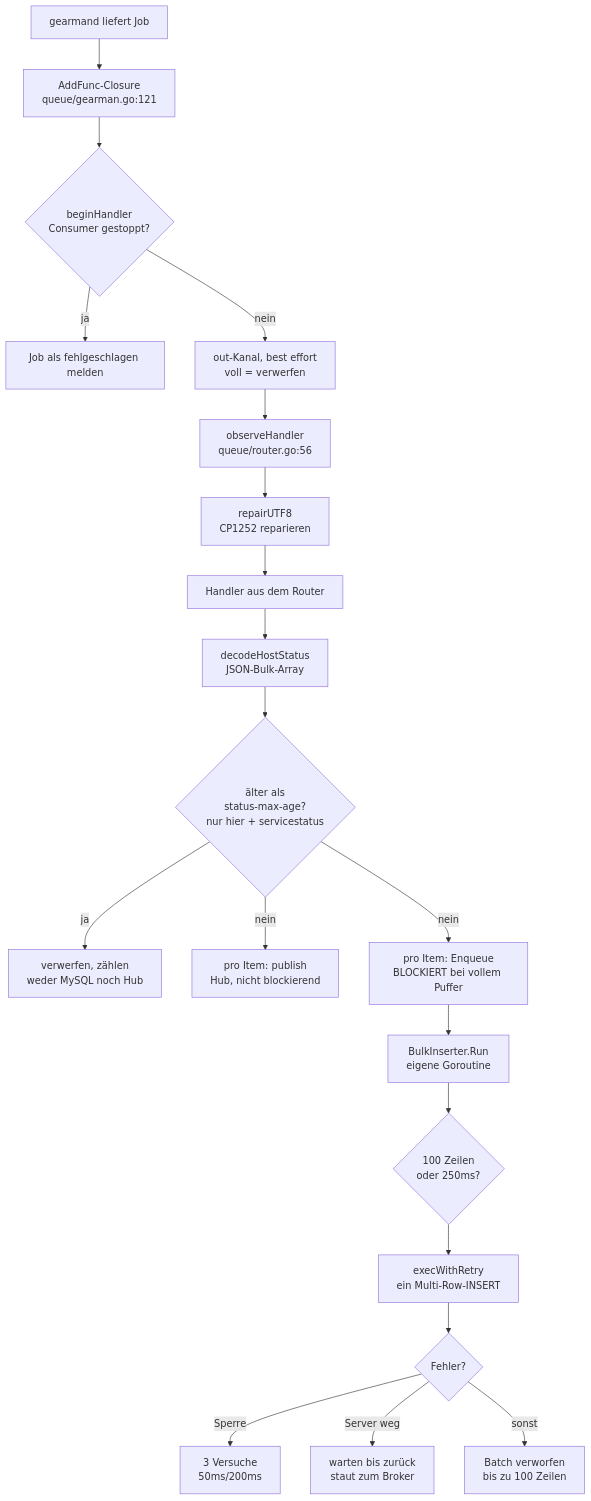
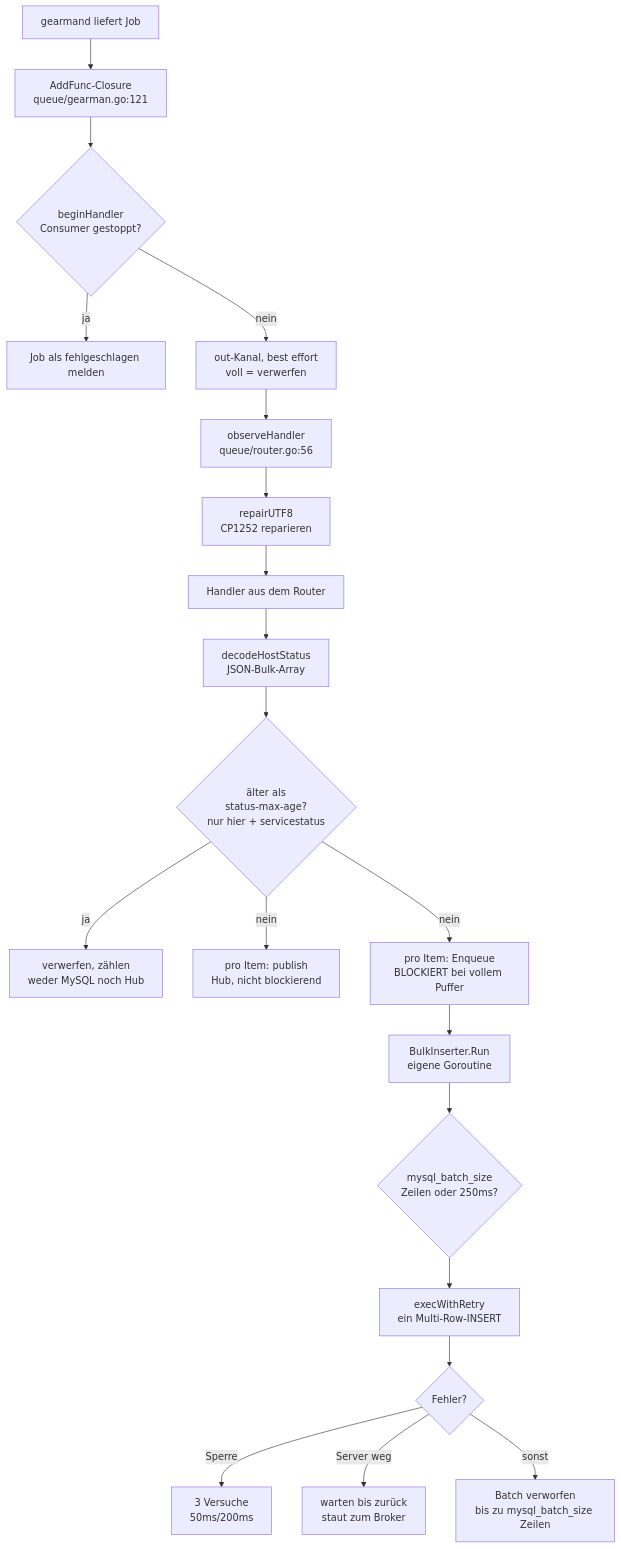
One commit to statusengine/statusengine-worker changed the diagram in docs/audit-route.md. Above: the diagram before and after it, drawn with Mermaid. The commit also changed other lines of this file and 20 other files, not shown here.

````diff
--- a/docs/audit-route.md
+++ b/docs/audit-route.md
@@ -77,22 +77,22 @@
 ```mermaid
 flowchart TD
     A[gearmand liefert Job] --> B[AddFunc-Closure<br/>queue/gearman.go:121]
     B --> C{beginHandler<br/>Consumer gestoppt?}
     C -->|ja| Z[Job als fehlgeschlagen melden]
     C -->|nein| D[out-Kanal, best effort<br/>voll = verwerfen]
     D --> E[observeHandler<br/>queue/router.go:56]
     E --> F[repairUTF8<br/>CP1252 reparieren]
     F --> G[Handler aus dem Router]
     G --> H[decodeHostStatus<br/>JSON-Bulk-Array]
     H --> S{älter als<br/>status-max-age?<br/>nur hier + servicestatus}
     S -->|ja| Y[verwerfen, zählen<br/>weder MySQL noch Hub]
     S -->|nein| I[pro Item: publish<br/>Hub, nicht blockierend]
     S -->|nein| J[pro Item: Enqueue<br/>BLOCKIERT bei vollem Puffer]
     J --> K[BulkInserter.Run<br/>eigene Goroutine]
-    K --> L{100 Zeilen<br/>oder 250ms?}
+    K --> L{mysql_batch_size<br/>Zeilen oder 250ms?}
     L --> M[execWithRetry<br/>ein Multi-Row-INSERT]
     M --> N{Fehler?}
     N -->|Sperre| O[3 Versuche<br/>50ms/200ms]
     N -->|Server weg| P[warten bis zurück<br/>staut zum Broker]
-    N -->|sonst| Q[Batch verworfen<br/>bis zu 100 Zeilen]
+    N -->|sonst| Q[Batch verworfen<br/>bis zu mysql_batch_size Zeilen]
 ```
````
